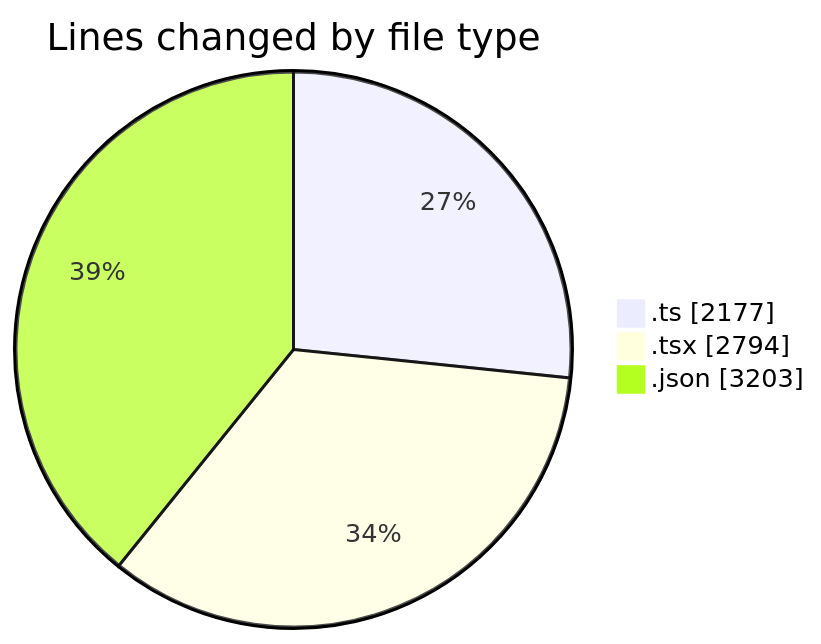
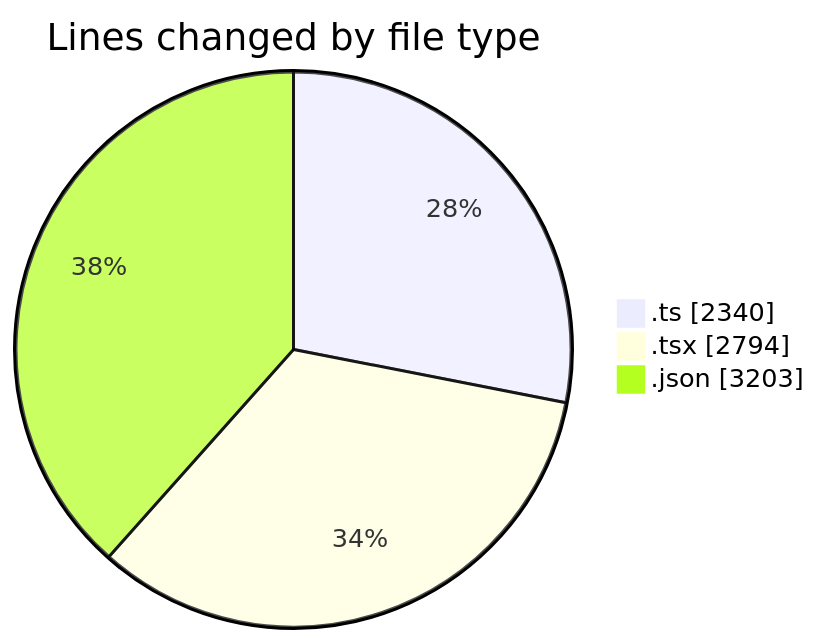
The first of 2 diagrams in 2025-10-23/eventscop-frontend-guide__workspace_/README.md (julien-gomy/code-tracking), drawn with Mermaid before and after one commit. The commit also changed other lines of this file and 1 other file, not shown here.

````diff
--- a/2025-10-23/eventscop-frontend-guide__workspace_/README.md
+++ b/2025-10-23/eventscop-frontend-guide__workspace_/README.md
@@ -41,7 +42,7 @@
 ```mermaid
 pie showData
 title Lines changed by file type
-".ts" : 2177
+".ts" : 2340
 ".tsx" : 2794
 ".json" : 3203
 ```
````
